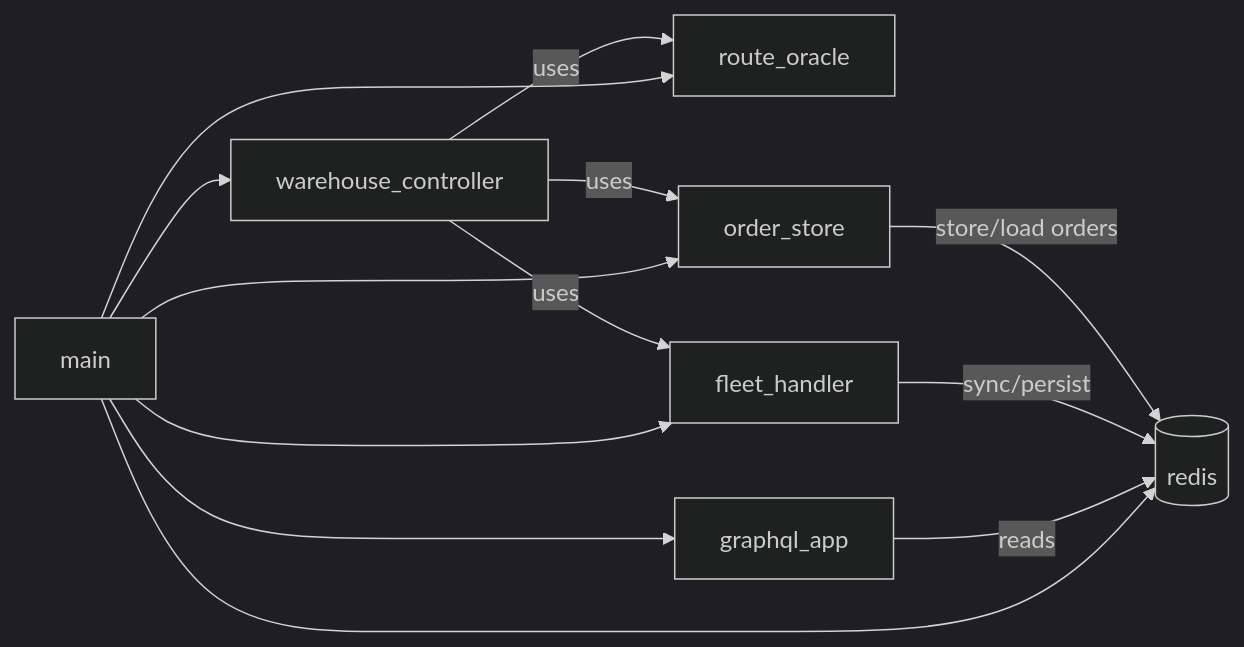
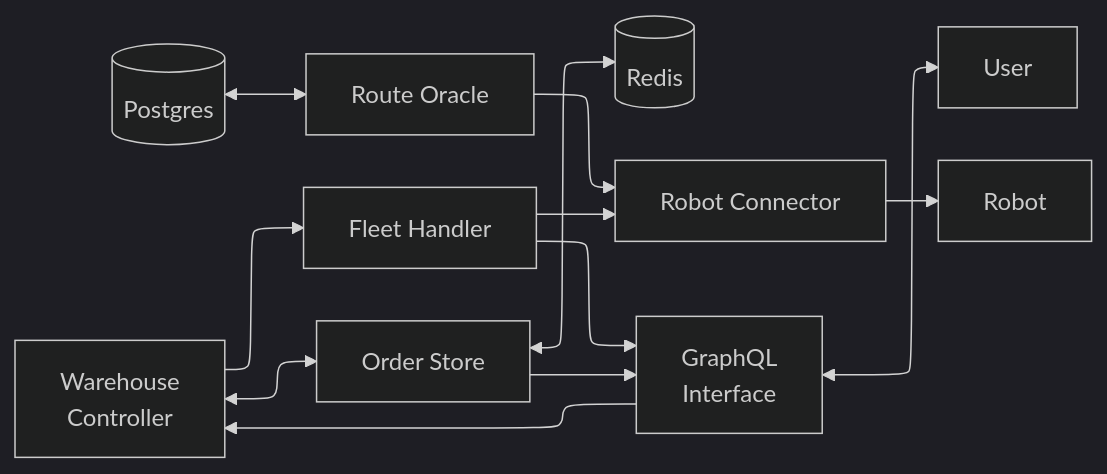
One commit to FIBO-Engineer/fleet_gateway changed the diagram in docs/diagram.mmd. Above: the diagram before and after it, drawn with Mermaid (dark theme).

Commit message:
Update diagram

```diff
--- a/docs/diagram.mmd
+++ b/docs/diagram.mmd
@@ -1,23 +1,31 @@
+---
+config:
+  layout: elk
+---
 flowchart LR
-  Main[main]
-  RouteOracle[route_oracle]
-  Redis[(redis)]
-  FleetHandler[fleet_handler]
-  OrderStore[order_store]
-  WarehouseController[warehouse_controller]
-  GraphQLApp[graphql_app]
+  RouteOracle[Route Oracle]
+  Redis[(Redis)]
+  Postgres[(Postgres)]
+  FleetHandler[Fleet Handler <br> ]
+  RobotConnector[Robot Connector]
+  OrderStore[Order Store]
+  WarehouseController[Warehouse <br> Controller]
+  User[User]
+  GraphQL[GraphQL <br> Interface]
 
-  Main --> RouteOracle
-  Main --> Redis
-  Main --> FleetHandler
-  Main --> OrderStore
-  Main --> WarehouseController
-  Main --> GraphQLApp
+  GraphQL <--> User
 
-  GraphQLApp -->|reads| Redis
-  FleetHandler -->|sync/persist| Redis
-  OrderStore -->|store/load orders| Redis
+  GraphQL --> WarehouseController
+  OrderStore --> GraphQL
+  FleetHandler --> GraphQL
 
-  WarehouseController -->|uses| RouteOracle
-  WarehouseController -->|uses| FleetHandler
-  WarehouseController -->|uses| OrderStore
+  OrderStore <--> Redis
+
+  WarehouseController <--> OrderStore
+
+  WarehouseController --> FleetHandler
+
+  Postgres <--> RouteOracle
+  RouteOracle --> RobotConnector
+  FleetHandler --> RobotConnector
+  RobotConnector --> Robot
```
